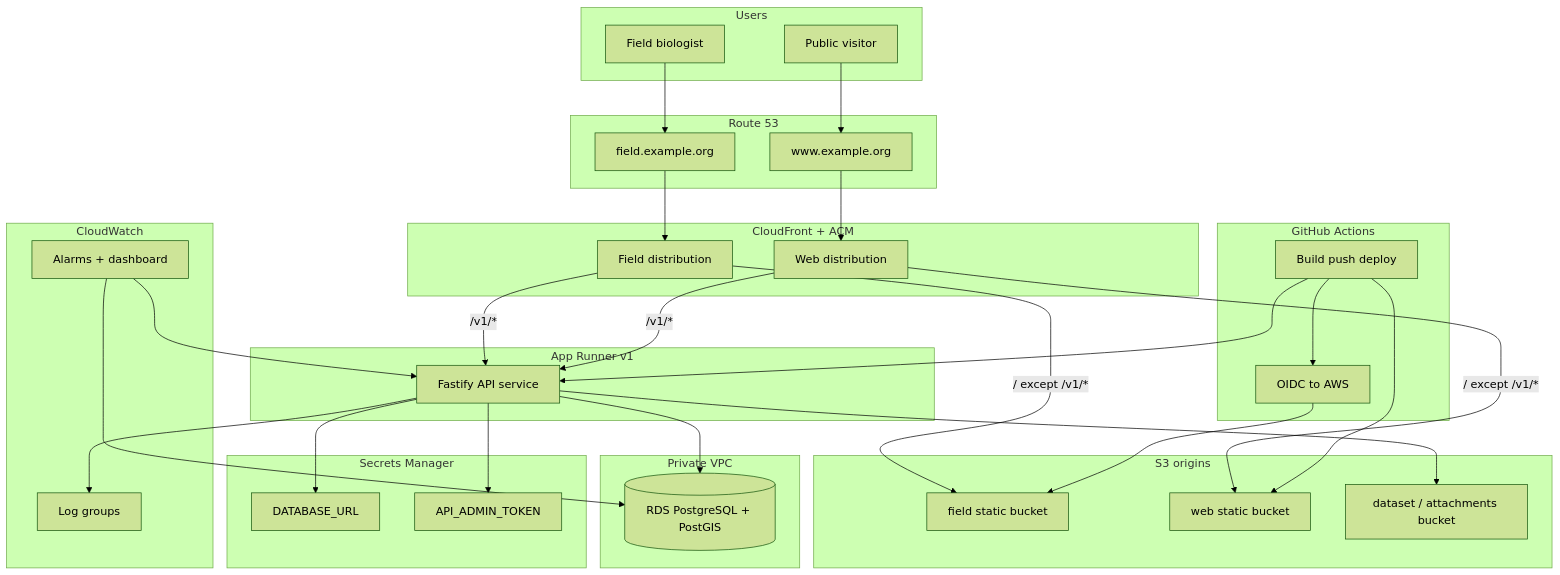
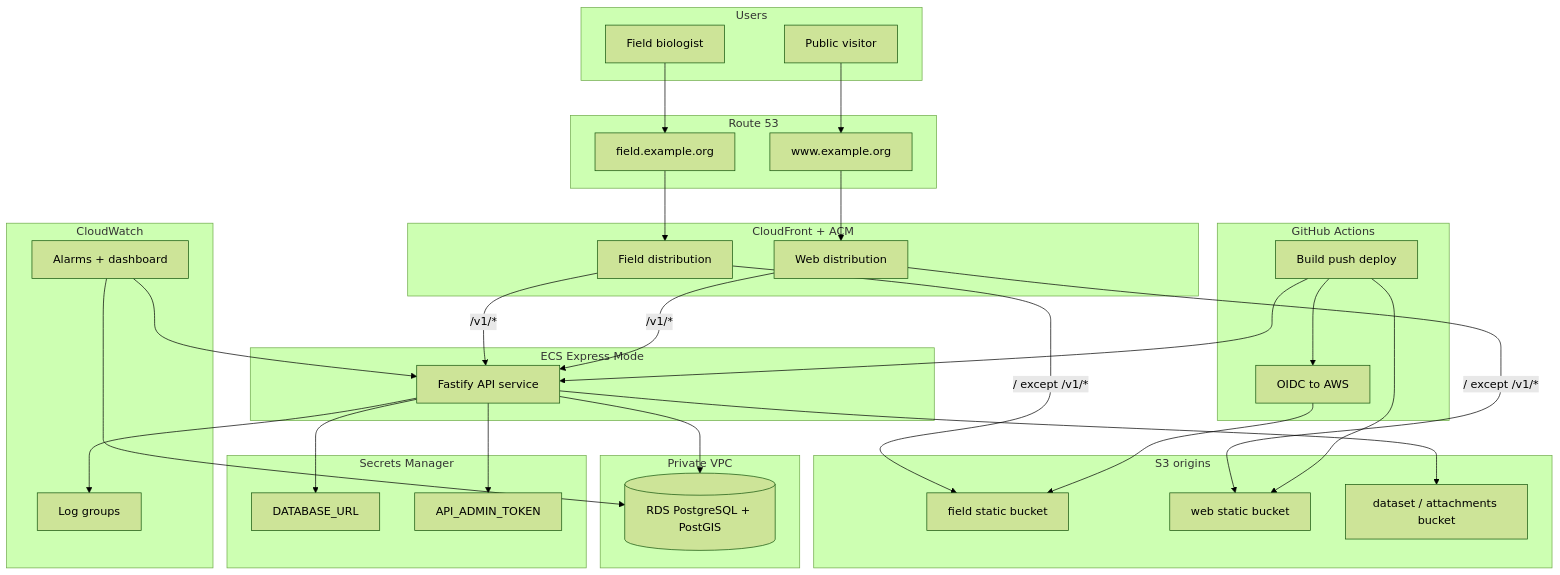
The first of 2 diagrams in docs/ops/AWS_INFRA.md (SaveMarineMammals/marine-mammal-assessment-platform), drawn with Mermaid (forest theme) before and after one commit. The commit also changed other lines of this file and 49 other files, not shown here.

First line of the commit message:
refactor(infra): migrate API to ECS Express and cut staging cost (#5)

````diff
--- a/docs/ops/AWS_INFRA.md
+++ b/docs/ops/AWS_INFRA.md
@@ -7,67 +7,67 @@
 ```mermaid
 flowchart TB
   subgraph users [Users]
     FieldUser[Field biologist]
     PublicUser[Public visitor]
   end
 
   subgraph dns [Route 53]
     FieldDNS[field.example.org]
     WebDNS[www.example.org]
   end
 
   subgraph edge [CloudFront + ACM]
     FieldCF[Field distribution]
     WebCF[Web distribution]
   end
 
   subgraph static [S3 origins]
     FieldBucket[field static bucket]
     WebBucket[web static bucket]
     DataBucket[dataset / attachments bucket]
   end
 
-  subgraph compute [App Runner v1]
+  subgraph compute [ECS Express Mode]
     API[Fastify API service]
   end
 
   subgraph data [Private VPC]
     RDS[("RDS PostgreSQL + PostGIS")]
   end
 
   subgraph secrets [Secrets Manager]
     DBSecret[DATABASE_URL]
     AdminSecret[API_ADMIN_TOKEN]
   end
 
   subgraph cicd [GitHub Actions]
     GHA[Build push deploy]
     OIDC[OIDC to AWS]
   end
 
   subgraph observe [CloudWatch]
     Logs[Log groups]
     Alarms[Alarms + dashboard]
   end
 
   FieldUser --> FieldDNS --> FieldCF
   PublicUser --> WebDNS --> WebCF
 
   FieldCF -->|"/ except /v1/*"| FieldBucket
   WebCF -->|"/ except /v1/*"| WebBucket
   FieldCF -->|"/v1/*"| API
   WebCF -->|"/v1/*"| API
 
   API --> RDS
   API --> DataBucket
   API --> DBSecret
   API --> AdminSecret
 
   GHA --> OIDC --> FieldBucket
   GHA --> WebBucket
   GHA --> API
 
   API --> Logs
   Alarms --> API
   Alarms --> RDS
 ```
````
